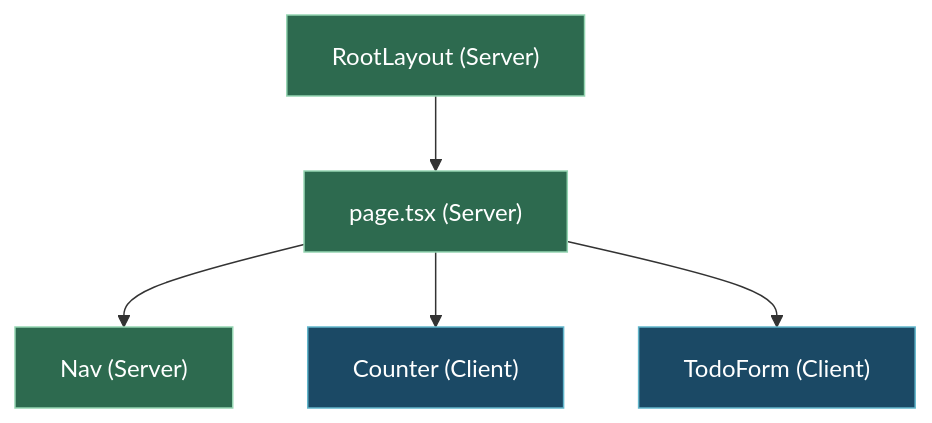
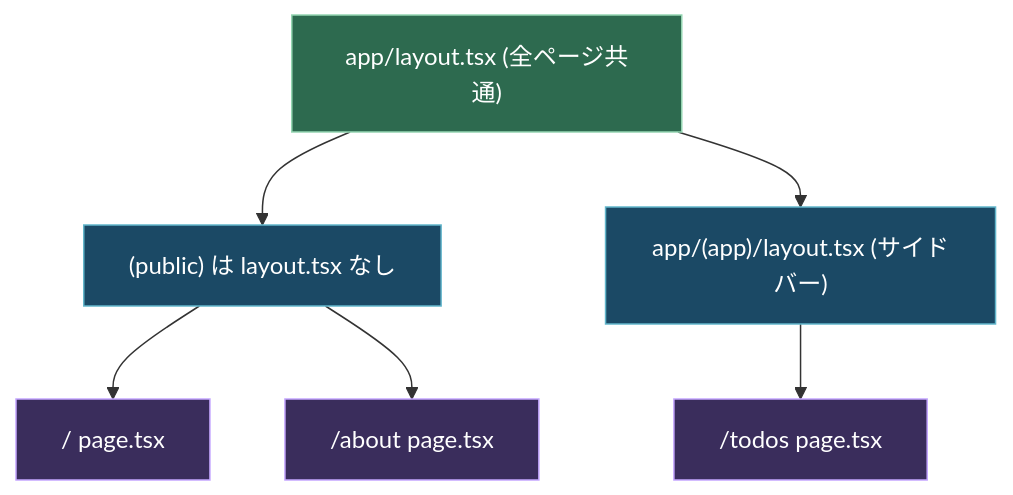
One commit to ozaki25/web-front-handson-ozaki25 changed the diagram in docs/lessons/lesson73/index.md. Above: the diagram before and after it, drawn with Mermaid. The commit also changed other lines of this file and 124 other files, not shown here.

````diff
--- a/docs/lessons/lesson73/index.md
+++ b/docs/lessons/lesson73/index.md
@@ -51,16 +52,19 @@
 ```mermaid
 graph TD
-  classDef server fill:#2d6a4f,stroke:#95d5b2,color:#ffffff;
-  classDef client fill:#1b4965,stroke:#62b6cb,color:#ffffff;
+  classDef root fill:#2d6a4f,stroke:#95d5b2,color:#ffffff;
+  classDef group fill:#1b4965,stroke:#62b6cb,color:#ffffff;
+  classDef page fill:#3a2d5c,stroke:#c4a6ff,color:#ffffff;
 
-  Layout["RootLayout (Server)"]:::server
-  Page["page.tsx (Server)"]:::server
-  Nav["Nav (Server)"]:::server
-  Counter["Counter (Client)"]:::client
-  Form["TodoForm (Client)"]:::client
+  Root["app/layout.tsx (全ページ共通)"]:::root
+  Public["(public) は layout.tsx なし"]:::group
+  App["app/(app)/layout.tsx (サイドバー)"]:::group
+  Home["/ page.tsx"]:::page
+  About["/about page.tsx"]:::page
+  Todos["/todos page.tsx"]:::page
 
-  Layout --> Page
-  Page --> Nav
-  Page --> Counter
-  Page --> Form
+  Root --> Public
+  Root --> App
+  Public --> Home
+  Public --> About
+  App --> Todos
 ```
````
